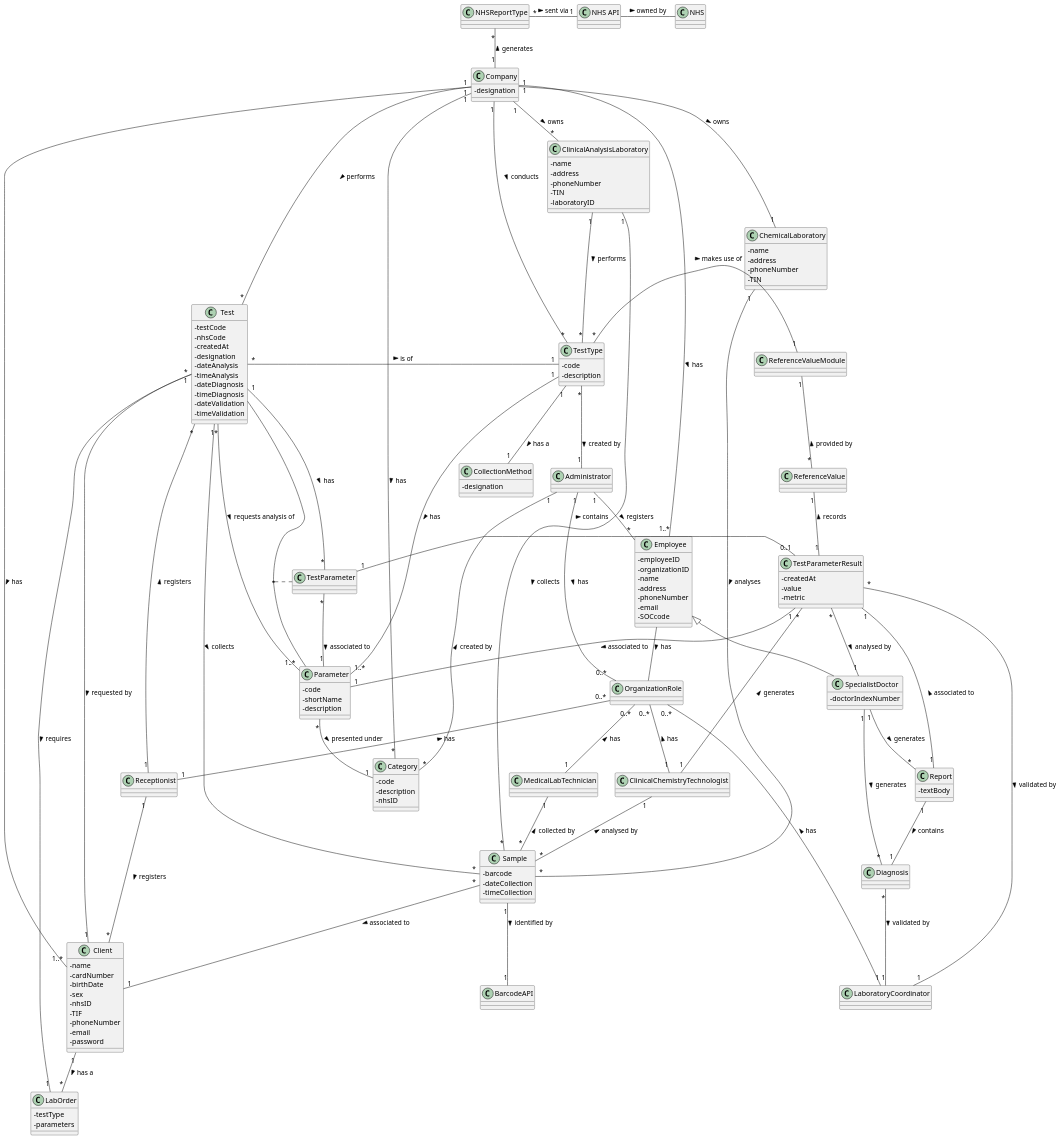
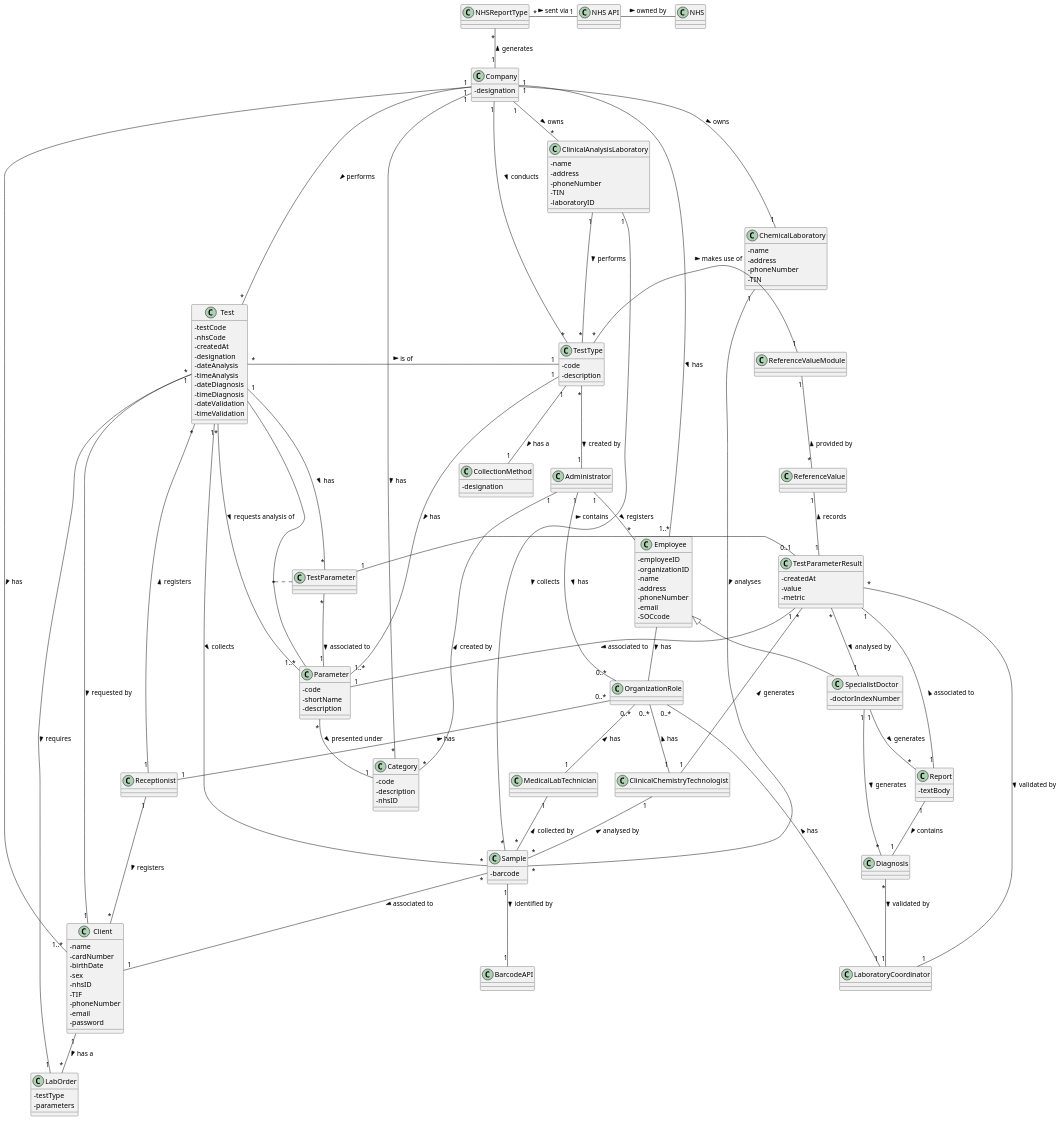
Before and after one commit to MadDinosaur/ISEP-LAPR2: the diagram in docs/SprintC/DM.puml, drawn with PlantUML. The commit also changed 8 other files, not shown here.

```diff
--- a/docs/SprintC/DM.puml
+++ b/docs/SprintC/DM.puml
@@ -1,155 +1,153 @@
 @startuml
 skinparam classAttributeIconSize 0
 
 class Administrator
 class Category {
 -code
 -description
 -nhsID
 }
 class ClinicalChemistryTechnologist
 class ChemicalLaboratory {
 -name
 -address
 -phoneNumber
 -TIN
 }
 class CollectionMethod {
 -designation
 }
 class Client {
 -name
 -cardNumber
 -birthDate
 -sex
 -nhsID
 -TIF
 -phoneNumber
 -email
 -password
 }
 class ClinicalAnalysisLaboratory {
 -name
 -address
 -phoneNumber
 -TIN
 -laboratoryID
 }
 class Company {
 -designation
 }
 class Diagnosis
 class Employee {
 -employeeID
 -organizationID
 -name
 -address
 -phoneNumber
 -email
 -SOCcode
 }
 class LabOrder {
 -testType
 -parameters
 }
 class LaboratoryCoordinator
 class MedicalLabTechnician
 class NHS
 class OrganizationRole
 class Parameter {
 -code
 -shortName
 -description
 }
 class Receptionist
 class ReferenceValueModule
 class Report {
 -textBody
 }
 class Sample {
 -barcode
--dateCollection
--timeCollection
 }
 class SpecialistDoctor {
 -doctorIndexNumber
 }
 class Test {
 -testCode
 -nhsCode
 -createdAt
 -designation
 -dateAnalysis
 -timeAnalysis
 -dateDiagnosis
 -timeDiagnosis
 -dateValidation
 -timeValidation
 }
 class TestType {
 -code
 -description
 }
 class TestParameterResult {
 -createdAt
 -value
 -metric
 }
 
 
 
 "NHS API" "1"-left-"*" NHSReportType : sent via <
 (Test, Parameter) .. TestParameter
 Administrator "1"--"*" Category : created by <
 Administrator "1"--"*" Employee : registers >
 ChemicalLaboratory "1"--"*" Sample : analyses >
 Client "1"--"*" LabOrder : has a >
 ClinicalAnalysisLaboratory "1"--"*" Sample : collects >
 ClinicalAnalysisLaboratory "1"--"*" TestType : performs >
 ClinicalChemistryTechnologist "1"--"*" Sample : analysed by <
 Company "1"--"1..*" Client : has >
 Company "1"--"1..*" Employee : has >
 Company "1"-down-"*" Category : has >
 Company "1"-down-"*" ClinicalAnalysisLaboratory : owns >
 Company "1"-down-"*" TestType : conducts >
 Company "1"-down-"1" ChemicalLaboratory : owns >
 Diagnosis "*"--"1" LaboratoryCoordinator : validated by >
 Diagnosis "*"--"1" SpecialistDoctor : generates <
 Employee -- OrganizationRole : has >
 Employee <|-- SpecialistDoctor
 MedicalLabTechnician "1"--"*" Sample : collected by <
 "NHS API" -right- NHS : owned by >
 NHSReportType "*"--"1" Company : generates <
 OrganizationRole "0..*"--"1" Administrator : has <
 OrganizationRole "0..*"--"1" ClinicalChemistryTechnologist : has <
 OrganizationRole "0..*"--"1" LaboratoryCoordinator : has <
 OrganizationRole "0..*"--"1" MedicalLabTechnician : has <
 OrganizationRole "0..*"--"1" Receptionist : has <
 Parameter "*"--"1" Category : presented under >
 Receptionist "1"--"*" Client : registers >
 Receptionist "1"--"*" Test : registers >
 ReferenceValue "*"-up-"1" ReferenceValueModule : provided by >
 Report "1"--"1" Diagnosis : contains >
 Report "1"--"1" TestParameterResult : associated to >
 Sample "*"--"1" Client : associated to >
 Sample "1"--"1" BarcodeAPI : identified by >
 SpecialistDoctor "1"--"*" Report : generates >
 Test "*"--"1" Client : requested by >
 Test "*"--"1..*" Parameter : requests analysis of >
 Test "*"-right-"1" "TestType" : is of >
 Test "*"-up-"1" Company : performs <
 Test "1"--"*" Sample : collects >
 Test "1"--"1" LabOrder : requires >
 TestParameter "*"--"1" Parameter : associated to >
 TestParameter "*"--"1" Test : has <
 TestParameter "1"-right- "0..1" TestParameterResult : contains >
 TestParameterResult "*"-right-"1" ClinicalChemistryTechnologist : generates <
 TestParameterResult "1"--"1" Parameter : associated to >
 TestParameterResult "1"-up-"1" ReferenceValue : records >
 TestParameterResult "*"--"1" LaboratoryCoordinator : validated by >
 TestParameterResult "*"--"1" SpecialistDoctor : analysed by >
 TestType "*"--"1" Administrator : created by >
 TestType "*"-right-"1" ReferenceValueModule : makes use of >
 TestType "1"--"1" CollectionMethod : has a  >
 TestType "1"--"1..*" Parameter : has >
 @enduml
```
